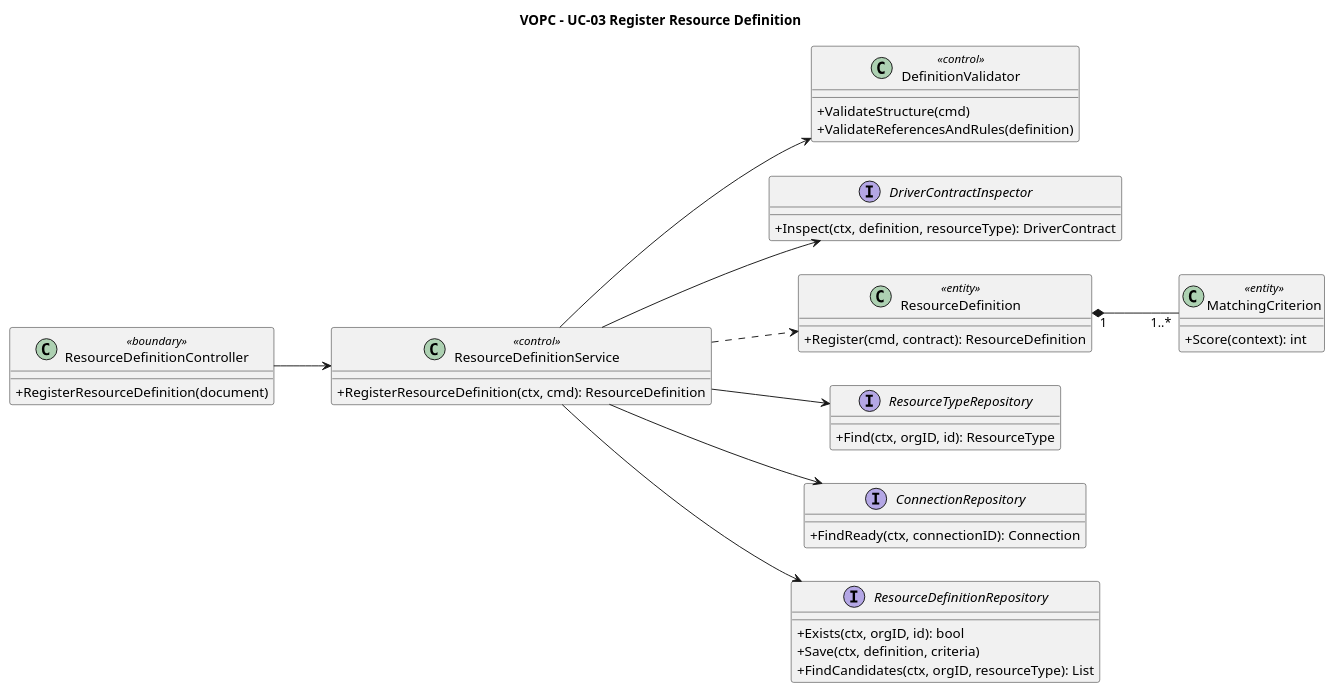
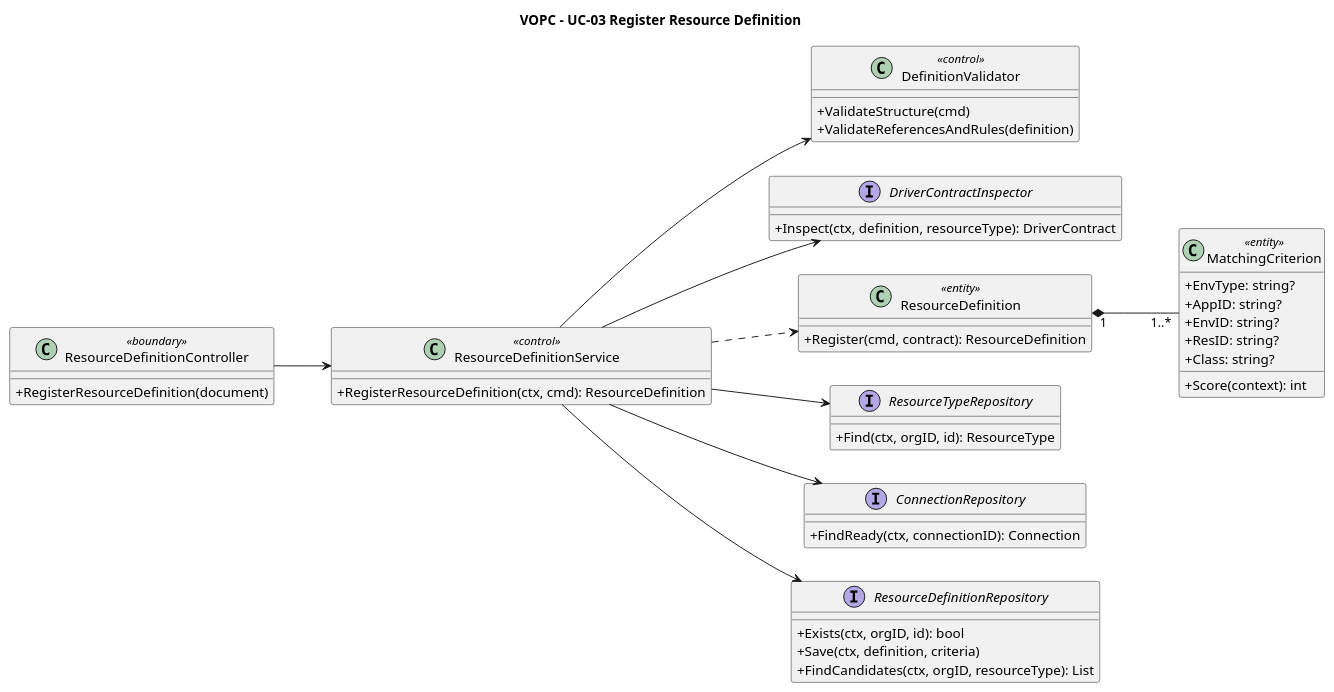
One commit to pr3s3nt/poc changed the diagram in orchestrator_docs/usecase/UC-03/vopc.puml. Above: the diagram before and after it, drawn with PlantUML. The commit also changed 139 other files, not shown here.

```diff
--- a/orchestrator_docs/usecase/UC-03/vopc.puml
+++ b/orchestrator_docs/usecase/UC-03/vopc.puml
@@ -1,43 +1,48 @@
 @startuml
 title VOPC - UC-03 Register Resource Definition
 left to right direction
 skinparam classAttributeIconSize 0
 class ResourceDefinitionController <<boundary>> {
   +RegisterResourceDefinition(document)
 }
 class ResourceDefinitionService <<control>> {
   +RegisterResourceDefinition(ctx, cmd): ResourceDefinition
 }
 class DefinitionValidator <<control>> {
   +ValidateStructure(cmd)
   +ValidateReferencesAndRules(definition)
 }
 interface DriverContractInspector {
   +Inspect(ctx, definition, resourceType): DriverContract
 }
 class ResourceDefinition <<entity>> {
   +Register(cmd, contract): ResourceDefinition
 }
 class MatchingCriterion <<entity>> {
+  +EnvType: string?
+  +AppID: string?
+  +EnvID: string?
+  +ResID: string?
+  +Class: string?
   +Score(context): int
 }
 interface ResourceTypeRepository {
   +Find(ctx, orgID, id): ResourceType
 }
 interface ConnectionRepository {
   +FindReady(ctx, connectionID): Connection
 }
 interface ResourceDefinitionRepository {
   +Exists(ctx, orgID, id): bool
   +Save(ctx, definition, criteria)
   +FindCandidates(ctx, orgID, resourceType): List
 }
 ResourceDefinitionController --> ResourceDefinitionService
 ResourceDefinitionService --> DefinitionValidator
 ResourceDefinitionService --> DriverContractInspector
 ResourceDefinitionService --> ResourceTypeRepository
 ResourceDefinitionService --> ConnectionRepository
 ResourceDefinitionService --> ResourceDefinitionRepository
 ResourceDefinitionService ..> ResourceDefinition
 ResourceDefinition "1" *-- "1..*" MatchingCriterion
 @enduml
```
